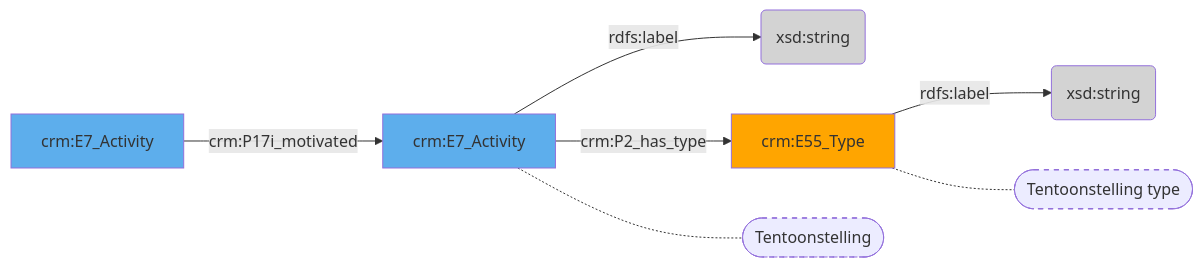
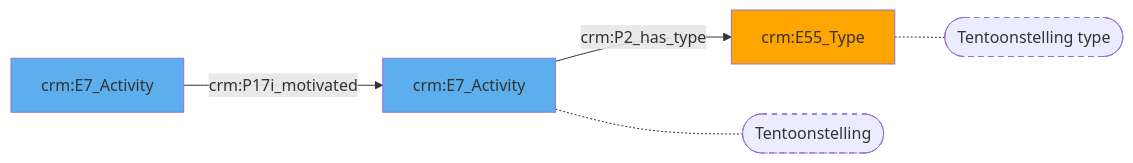
Before and after one commit to digipolisantwerpdocumentation/antwerp-cultureel-erfgoed: the diagram in docs/content/modellen/LoanIn/Tentoonstelling.md, drawn with Mermaid. The commit also changed 170 other files, not shown here.

````diff
--- a/docs/content/modellen/LoanIn/Tentoonstelling.md
+++ b/docs/content/modellen/LoanIn/Tentoonstelling.md
@@ -1,16 +1,12 @@
 ```mermaid
 graph LR
-82ff697e-cc11-11ee-a35c-960002548b4f["crm:E7_Activity"]-->|"rdfs:label"|d380a0a1-cc11-11ee-996f-960002548b4f(xsd:string)
-9e1b8a96-edce-11ee-b71a-960002548b4f["crm:E55_Type"]-->|"rdfs:label"|afe177c9-edce-11ee-a1f2-960002548b4f(xsd:string)
+style 82ff697e-cc11-11ee-a35c-960002548b4f fill:#5DAEEC
+style 9e1b8a96-edce-11ee-b71a-960002548b4f fill:#ffa500
+style c585cc26-cc05-11ee-876f-960002548b4f fill:#5DAEEC
 82ff697e-cc11-11ee-a35c-960002548b4f["crm:E7_Activity"]-->|"crm:P2_has_type"|9e1b8a96-edce-11ee-b71a-960002548b4f["crm:E55_Type"]
 c585cc26-cc05-11ee-876f-960002548b4f["crm:E7_Activity"]-->|"crm:P17i_motivated"|82ff697e-cc11-11ee-a35c-960002548b4f["crm:E7_Activity"]
+style 9e1b8a96-edce-11ee-b71a-960002548b4f_s stroke-dasharray: 5
+style 82ff697e-cc11-11ee-a35c-960002548b4f_s stroke-dasharray: 5
 9e1b8a96-edce-11ee-b71a-960002548b4f["crm:E55_Type"]-.-9e1b8a96-edce-11ee-b71a-960002548b4f_s(["Tentoonstelling type"])
 82ff697e-cc11-11ee-a35c-960002548b4f["crm:E7_Activity"]-.-82ff697e-cc11-11ee-a35c-960002548b4f_s(["Tentoonstelling"])
-style 9e1b8a96-edce-11ee-b71a-960002548b4f_s stroke-dasharray: 5
-style 82ff697e-cc11-11ee-a35c-960002548b4f_s stroke-dasharray: 5
-style 82ff697e-cc11-11ee-a35c-960002548b4f fill:#5DAEEC
-style 9e1b8a96-edce-11ee-b71a-960002548b4f fill:#ffa500
-style afe177c9-edce-11ee-a1f2-960002548b4f fill:#D3D3D3
-style c585cc26-cc05-11ee-876f-960002548b4f fill:#5DAEEC
-style d380a0a1-cc11-11ee-996f-960002548b4f fill:#D3D3D3
 ```
````
